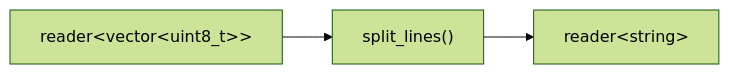
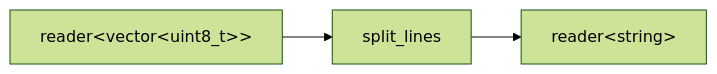
The diagram in docs/reference/parts/split_lines.md (marcelocantos/csp), drawn with Mermaid (forest theme) before and after one commit. The commit also changed other lines of this file and 18 other files, not shown here.

````diff
--- a/docs/reference/parts/split_lines.md
+++ b/docs/reference/parts/split_lines.md
@@ -15,4 +15,4 @@
 ```mermaid
 graph LR
-    A["reader&lt;vector&lt;uint8_t&gt;&gt;"] --> L["split_lines()"] --> B["reader&lt;string&gt;"]
+    A["reader&lt;vector&lt;uint8_t&gt;&gt;"] --> L["split_lines"] --> B["reader&lt;string&gt;"]
 ```
````
